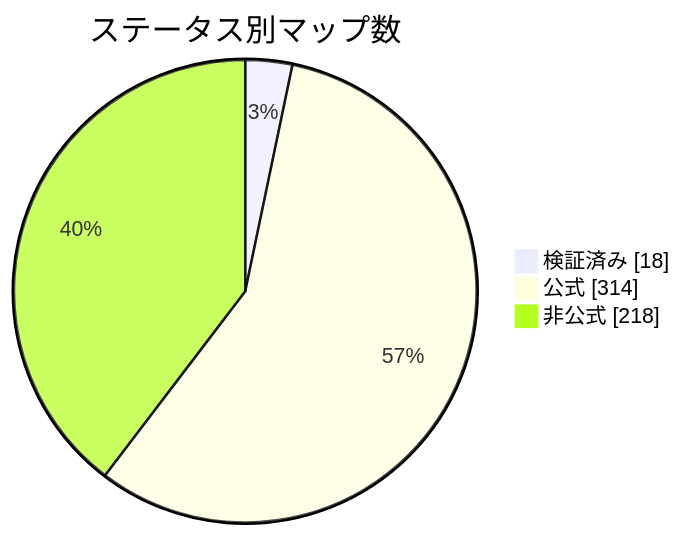
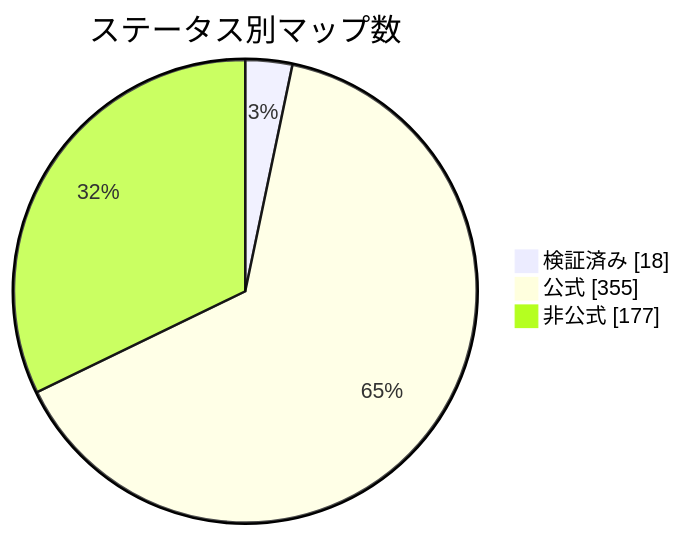
One commit to nobrega8/mbmap-library changed the diagram in docs/readme/README_JP.md. Above: the diagram before and after it, drawn with Mermaid. The commit also changed 49 other files, not shown here.

````diff
--- a/docs/readme/README_JP.md
+++ b/docs/readme/README_JP.md
@@ -54,7 +54,7 @@
 ```mermaid
 pie showData
     title ステータス別マップ数
     "検証済み" : 18
-    "公式" : 314
-    "非公式" : 218
+    "公式" : 355
+    "非公式" : 177
 ```
````
